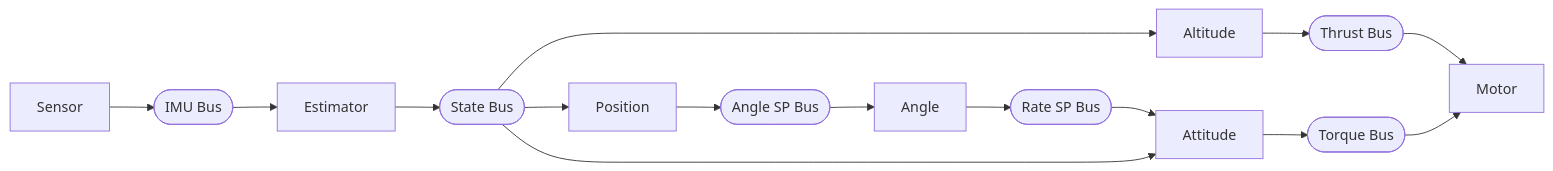
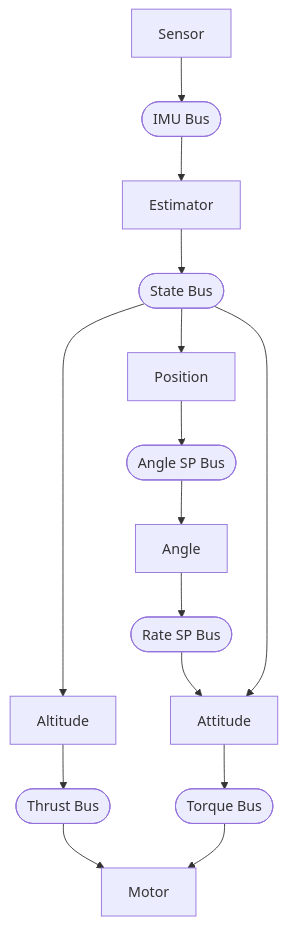
One commit to joagre/hive changed the diagram in examples/pilot/README.md. Above: the diagram before and after it, drawn with Mermaid. The commit also changed other lines of this file, not shown here.

````diff
--- a/examples/pilot/README.md
+++ b/examples/pilot/README.md
@@ -54,9 +54,9 @@
 ```mermaid
-graph LR
+graph TB
     Sensor[Sensor] --> IMUBus([IMU Bus]) --> Estimator[Estimator] --> StateBus([State Bus])
 
     StateBus --> Altitude[Altitude] --> ThrustBus([Thrust Bus]) --> Motor[Motor]
     StateBus --> Position[Position] --> AngleSP([Angle SP Bus]) --> Angle[Angle]
     Angle --> RateSP([Rate SP Bus]) --> Attitude[Attitude]
     StateBus --> Attitude --> TorqueBus([Torque Bus]) --> Motor
 ```
````
